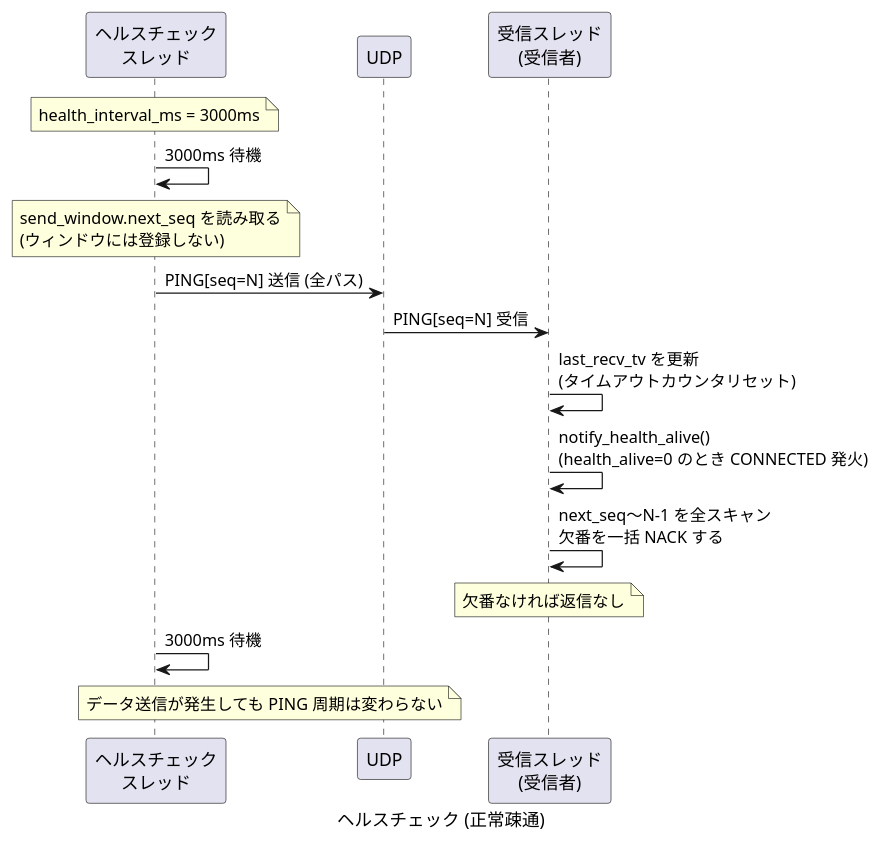
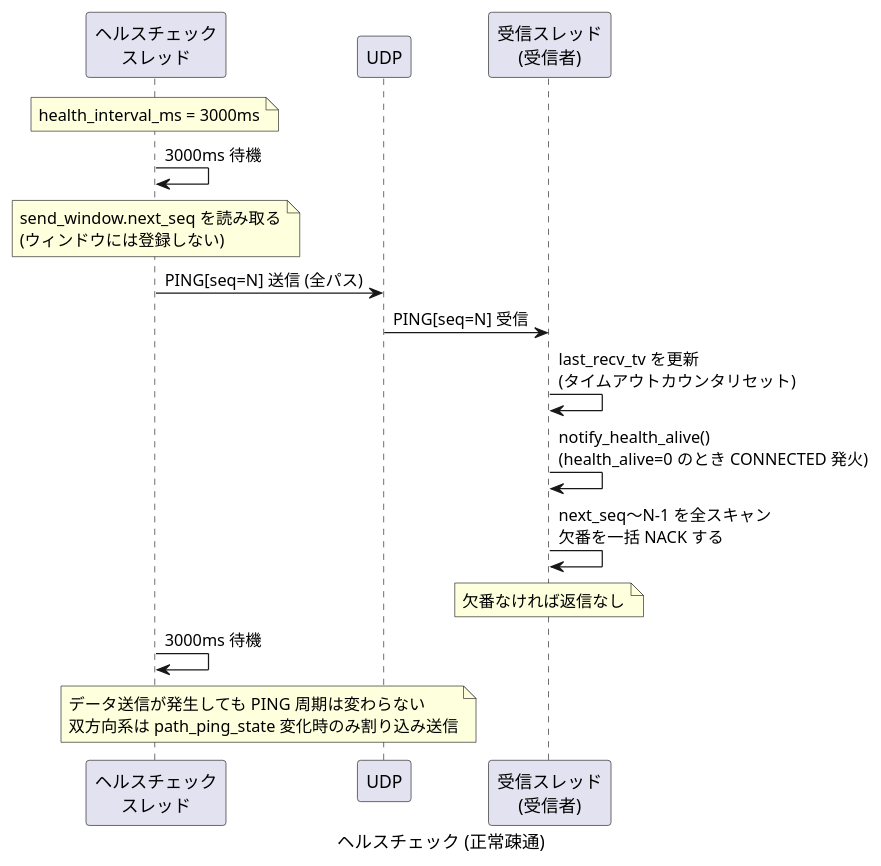
Before and after one commit to Hondarer/c-modernization-kit: the tenth of 29 diagrams in app/porter/docs/sequence.md, drawn with PlantUML. The commit also changed other lines of this file and 7 other files, not shown here.

````diff
--- a/app/porter/docs/sequence.md
+++ b/app/porter/docs/sequence.md
@@ -362,26 +362,26 @@
 ```plantuml
 @startuml ヘルスチェック (正常疎通)
 caption ヘルスチェック (正常疎通)
 
 participant "ヘルスチェック\nスレッド" as HT
 participant "UDP" as UDP
 participant "受信スレッド\n(受信者)" as RRT
 
 note over HT: health_interval_ms = 3000ms
 
 HT -> HT: 3000ms 待機
 note over HT: send_window.next_seq を読み取る\n(ウィンドウには登録しない)
 HT -> UDP: PING[seq=N] 送信 (全パス)
 
 UDP -> RRT: PING[seq=N] 受信
 RRT -> RRT: last_recv_tv を更新\n(タイムアウトカウンタリセット)
 RRT -> RRT: notify_health_alive()\n(health_alive=0 のとき CONNECTED 発火)
 RRT -> RRT: next_seq〜N-1 を全スキャン\n欠番を一括 NACK する
 note over RRT: 欠番なければ返信なし
 
 HT -> HT: 3000ms 待機
 
-note over HT, UDP: データ送信が発生しても PING 周期は変わらない
+note over HT, UDP: データ送信が発生しても PING 周期は変わらない\n双方向系は path_ping_state 変化時のみ割り込み送信
 
 @enduml
 ```
````
